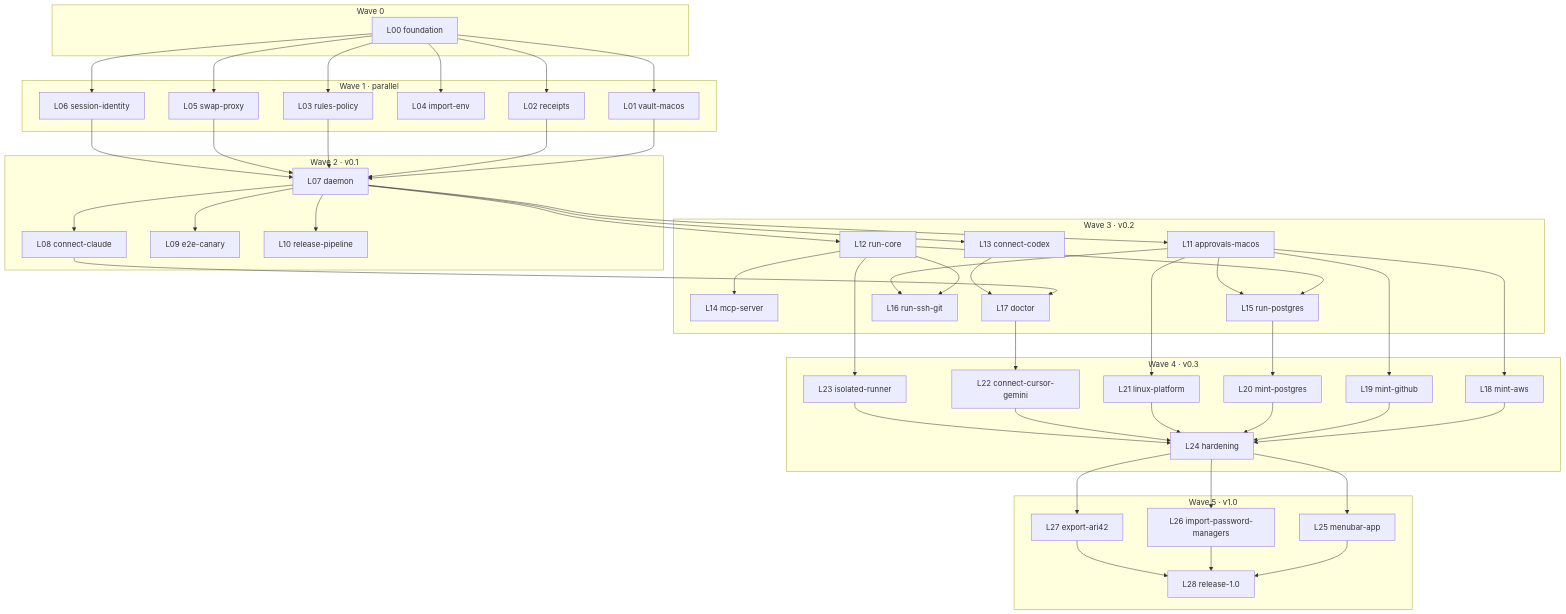
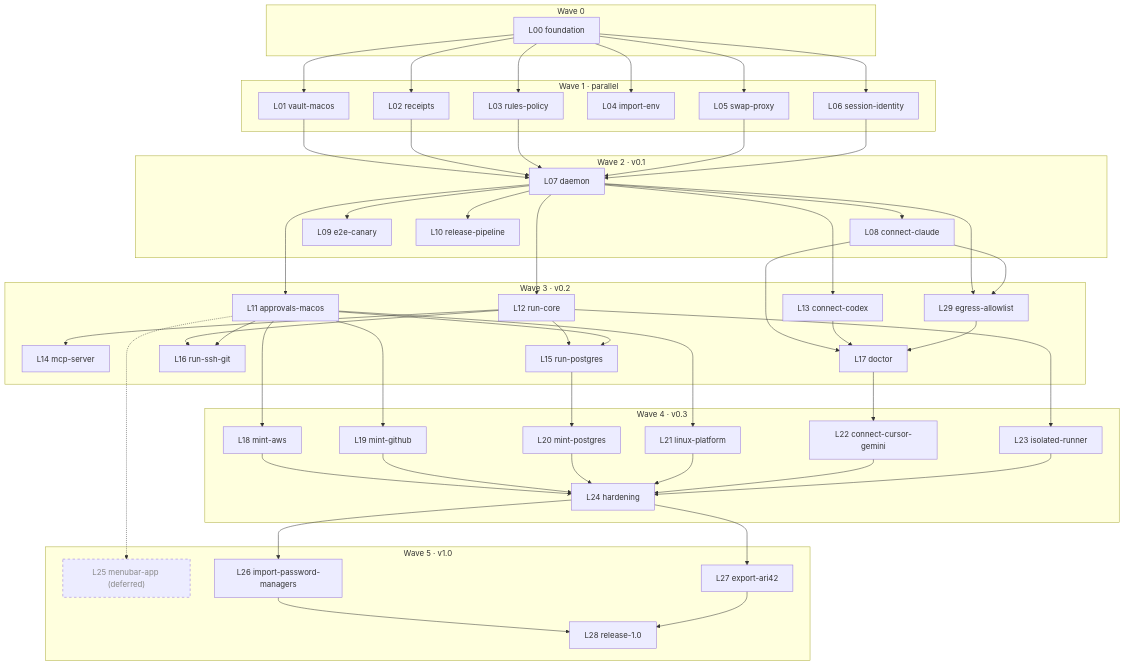
One commit to csakash/morsec changed the diagram in docs/PLAN.md. Above: the diagram before and after it, drawn with Mermaid. The commit also changed other lines of this file, not shown here.

Commit message:
docs(plan): CLI-only scope; L11 approves in the terminal, L25 deferred, L28 CLI release; L29 egress-allowlist card

````diff
--- a/docs/PLAN.md
+++ b/docs/PLAN.md
@@ -26,58 +31,63 @@
 ```mermaid
 flowchart TB
   subgraph W0["Wave 0"]
     L00["L00 foundation"]
   end
   subgraph W1["Wave 1 · parallel"]
     L01["L01 vault-macos"]
     L02["L02 receipts"]
     L03["L03 rules-policy"]
     L04["L04 import-env"]
     L05["L05 swap-proxy"]
     L06["L06 session-identity"]
   end
   subgraph W2["Wave 2 · v0.1"]
     L07["L07 daemon"]
     L08["L08 connect-claude"]
     L09["L09 e2e-canary"]
     L10["L10 release-pipeline"]
   end
   subgraph W3["Wave 3 · v0.2"]
     L11["L11 approvals-macos"]
     L12["L12 run-core"]
     L13["L13 connect-codex"]
     L14["L14 mcp-server"]
     L15["L15 run-postgres"]
     L16["L16 run-ssh-git"]
     L17["L17 doctor"]
+    L29["L29 egress-allowlist"]
   end
   subgraph W4["Wave 4 · v0.3"]
     L18["L18 mint-aws"]
     L19["L19 mint-github"]
     L20["L20 mint-postgres"]
     L21["L21 linux-platform"]
     L22["L22 connect-cursor-gemini"]
     L23["L23 isolated-runner"]
     L24["L24 hardening"]
   end
   subgraph W5["Wave 5 · v1.0"]
-    L25["L25 menubar-app"]
+    L25["L25 menubar-app (deferred)"]
     L26["L26 import-password-managers"]
     L27["L27 export-ari42"]
     L28["L28 release-1.0"]
   end
   L00 --> L01 & L02 & L03 & L04 & L05 & L06
   L01 & L02 & L03 & L05 & L06 --> L07
   L07 --> L08 & L09 & L10
   L07 --> L11 & L12 & L13
   L12 --> L14 & L15 & L16
   L11 --> L15 & L16
-  L08 & L13 --> L17
+  L08 & L13 & L29 --> L17
+  L07 & L08 --> L29
   L11 --> L18 & L19 & L21
   L15 --> L20
   L17 --> L22
   L12 --> L23
   L18 & L19 & L20 & L21 & L22 & L23 --> L24
-  L24 --> L25 & L26 & L27
-  L25 & L26 & L27 --> L28
+  L24 --> L26 & L27
+  L26 & L27 --> L28
+  L11 -.-> L25
+  classDef deferred stroke-dasharray: 5 5,color:#888
+  class L25 deferred
 ```
````
